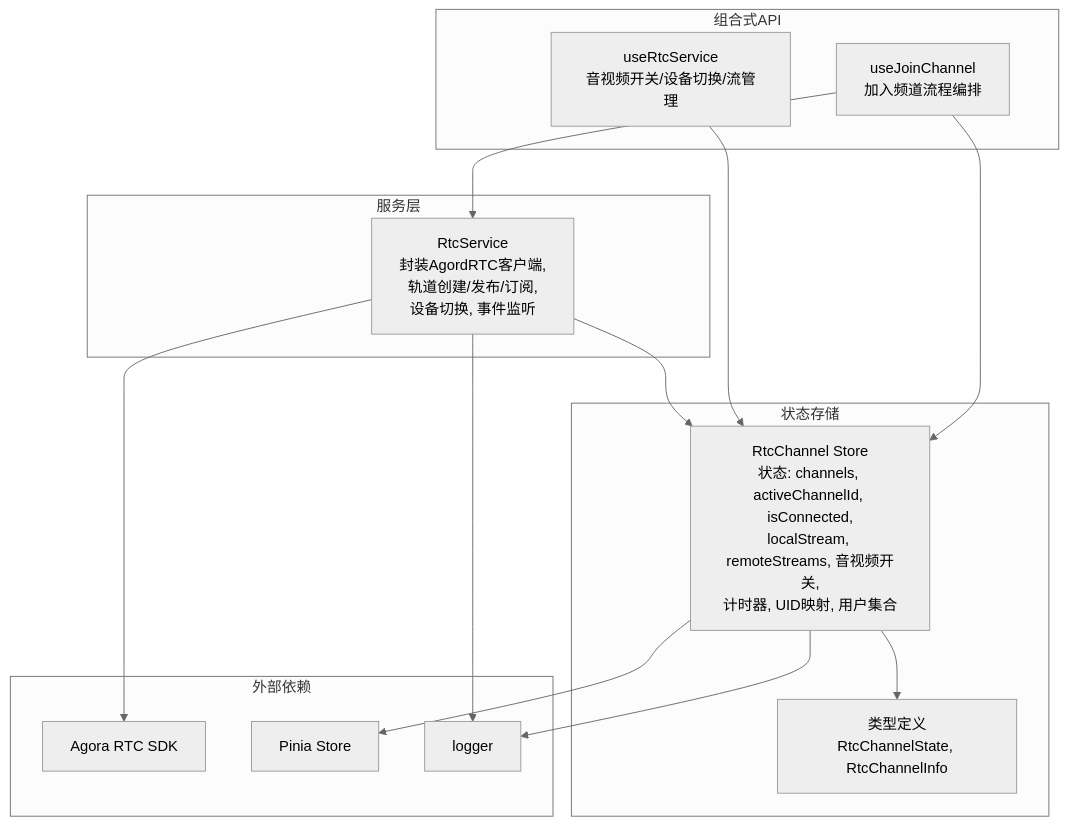
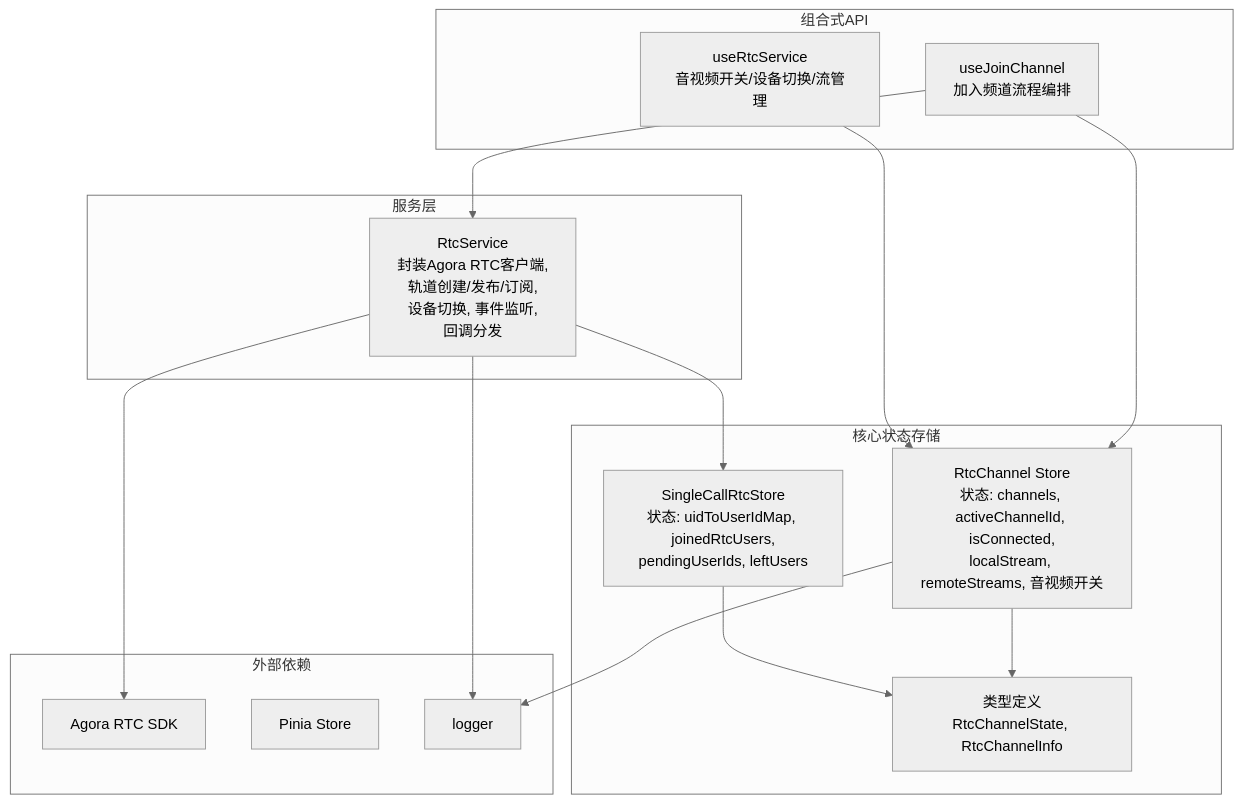
The first of 6 diagrams in .qoder/repowiki/zh/content/状态管理/RtcChannel Store.md (Easemob-Community/easemob-uikit-callkit-vue3), drawn with Mermaid (neutral theme) before and after one commit. The commit also changed other lines of this file and 54 other files, not shown here.

First line of the commit message:
refactor: 清理废弃代码 + 移出 RtcService 实例 + API 便捷性优化

````diff
--- a/.qoder/repowiki/zh/content/状态管理/RtcChannel Store.md
+++ b/.qoder/repowiki/zh/content/状态管理/RtcChannel Store.md
@@ -31,28 +41,29 @@
 ```mermaid
 graph TB
-subgraph "状态存储"
-RTCStore["RtcChannel Store<br/>状态: channels, activeChannelId, isConnected,<br/>localStream, remoteStreams, 音视频开关,<br/>计时器, UID映射, 用户集合"]
+subgraph "核心状态存储"
+RTCStore["RtcChannel Store<br/>状态: channels, activeChannelId, isConnected,<br/>localStream, remoteStreams, 音视频开关"]
+SingleStore["SingleCallRtcStore<br/>状态: uidToUserIdMap, joinedRtcUsers,<br/>pendingUserIds, leftUsers"]
 Types["类型定义<br/>RtcChannelState, RtcChannelInfo"]
 end
 subgraph "服务层"
-RtcSvc["RtcService<br/>封装AgordRTC客户端,<br/>轨道创建/发布/订阅,<br/>设备切换, 事件监听"]
+RtcSvc["RtcService<br/>封装Agora RTC客户端,<br/>轨道创建/发布/订阅,<br/>设备切换, 事件监听,<br/>回调分发"]
 end
 subgraph "组合式API"
 JoinHook["useJoinChannel<br/>加入频道流程编排"]
 RtcHook["useRtcService<br/>音视频开关/设备切换/流管理"]
 end
 subgraph "外部依赖"
 Agora["Agora RTC SDK"]
 Pinia["Pinia Store"]
 Logger["logger"]
 end
 RTCStore --> Types
+SingleStore --> Types
 RtcSvc --> Agora
+RtcSvc --> SingleStore
 JoinHook --> RtcSvc
 JoinHook --> RTCStore
 RtcHook --> RTCStore
-RtcSvc --> RTCStore
-RTCStore --> Pinia
 RtcSvc --> Logger
 RTCStore --> Logger
 ```
````
